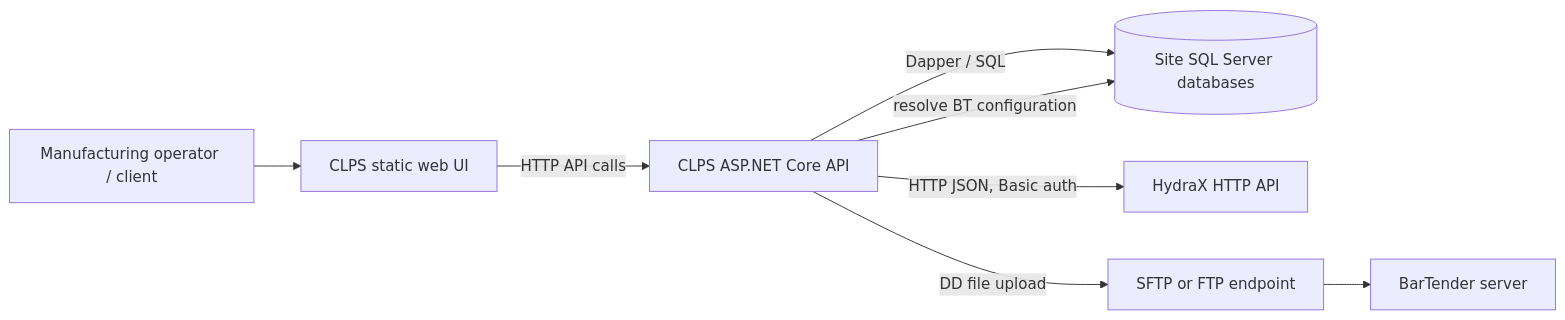
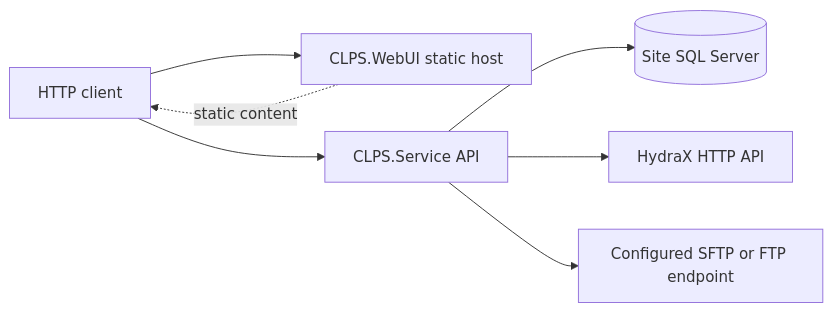
One commit to Raghavendra194/my-courses changed the first of 6 diagrams in Architecture-Analysis.md. Above: the diagram before and after it, drawn with Mermaid. The commit also changed other lines of this file, not shown here.

````diff
--- a/Architecture-Analysis.md
+++ b/Architecture-Analysis.md
@@ -71,17 +125,15 @@
 ```mermaid
 flowchart LR
-  Operator[Manufacturing operator / client]
-  UI[CLPS static web UI]
-  API[CLPS ASP.NET Core API]
-  DB[(Site SQL Server databases)]
+  Client[HTTP client]
+  Web[CLPS.WebUI static host]
+  API[CLPS.Service API]
+  SQL[(Site SQL Server)]
   Hydra[HydraX HTTP API]
-  BT[BarTender server]
-  FTP[SFTP or FTP endpoint]
-  Operator --> UI
-  UI -->|HTTP API calls| API
-  API -->|Dapper / SQL| DB
-  API -->|HTTP JSON, Basic auth| Hydra
-  API -->|resolve BT configuration| DB
-  API -->|DD file upload| FTP
-  FTP --> BT
+  Print[Configured SFTP or FTP endpoint]
+  Client --> Web
+  Client --> API
+  Web -. "static content" .-> Client
+  API --> SQL
+  API --> Hydra
+  API --> Print
 ```
````
